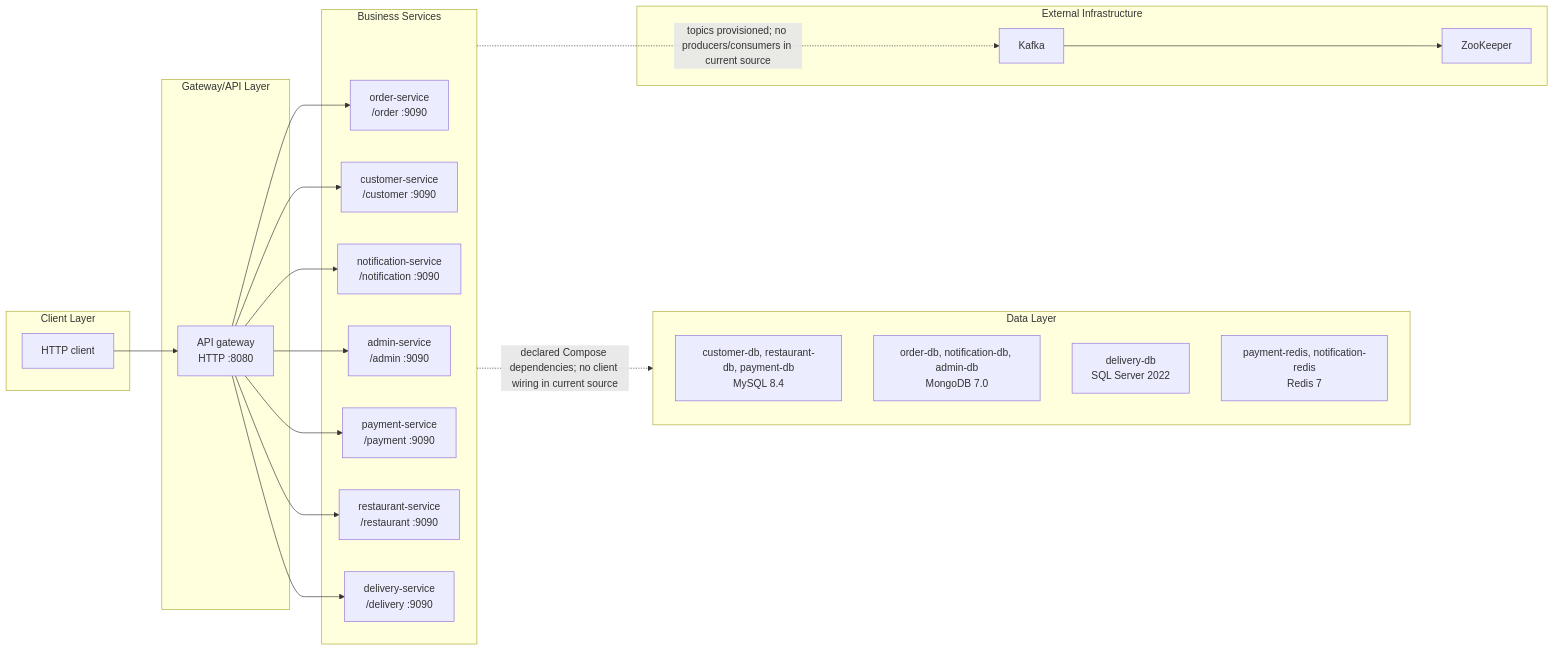
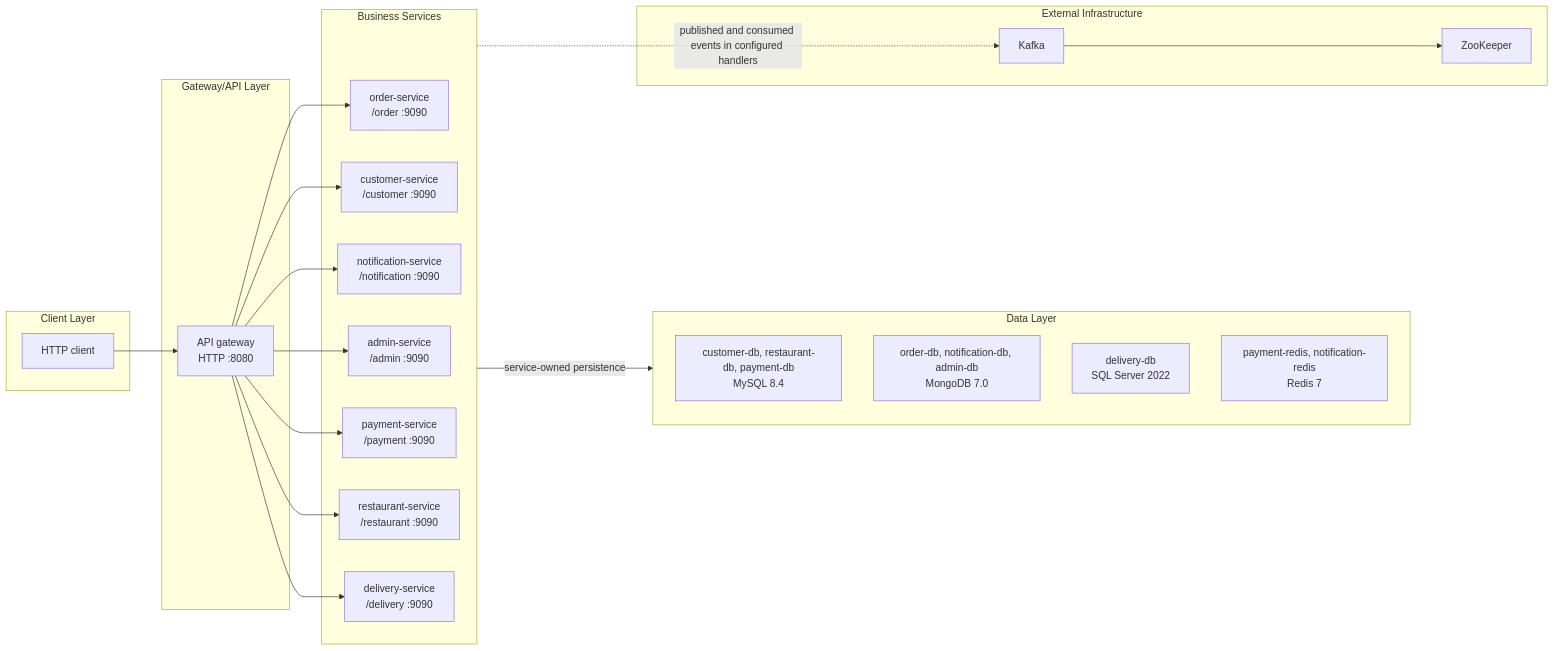
One commit to Kaptain-codes/Distributed-Systems-Applications changed the first of 4 diagrams in Assignment-2/README.md. Above: the diagram before and after it, drawn with Mermaid. The commit also changed other lines of this file and 148 other files, not shown here.

````diff
--- a/Assignment-2/README.md
+++ b/Assignment-2/README.md
@@ -7,39 +7,39 @@
 ```mermaid
 flowchart LR
     subgraph C[Client Layer]
         Client[HTTP client]
     end
     subgraph G[Gateway/API Layer]
         Gateway[API gateway\nHTTP :8080]
     end
     subgraph B[Business Services]
         Order[order-service\n/order :9090]
         Customer[customer-service\n/customer :9090]
         Notification[notification-service\n/notification :9090]
         Admin[admin-service\n/admin :9090]
         Payment[payment-service\n/payment :9090]
         Restaurant[restaurant-service\n/restaurant :9090]
         Delivery[delivery-service\n/delivery :9090]
     end
     subgraph D[Data Layer]
         MySQL[customer-db, restaurant-db, payment-db\nMySQL 8.4]
         Mongo[order-db, notification-db, admin-db\nMongoDB 7.0]
         MSSQL[delivery-db\nSQL Server 2022]
         Redis[payment-redis, notification-redis\nRedis 7]
     end
     subgraph E[External Infrastructure]
         Kafka[Kafka]
         ZK[ZooKeeper]
     end
     Client --> Gateway
     Gateway --> Order
     Gateway --> Customer
     Gateway --> Notification
     Gateway --> Admin
     Gateway --> Payment
     Gateway --> Restaurant
     Gateway --> Delivery
-    B -. declared Compose dependencies; no client wiring in current source .-> D
-    B -. topics provisioned; no producers/consumers in current source .-> Kafka
+    B -->|service-owned persistence| D
+    B -. published and consumed events in configured handlers .-> Kafka
     Kafka --> ZK
 ```
````
